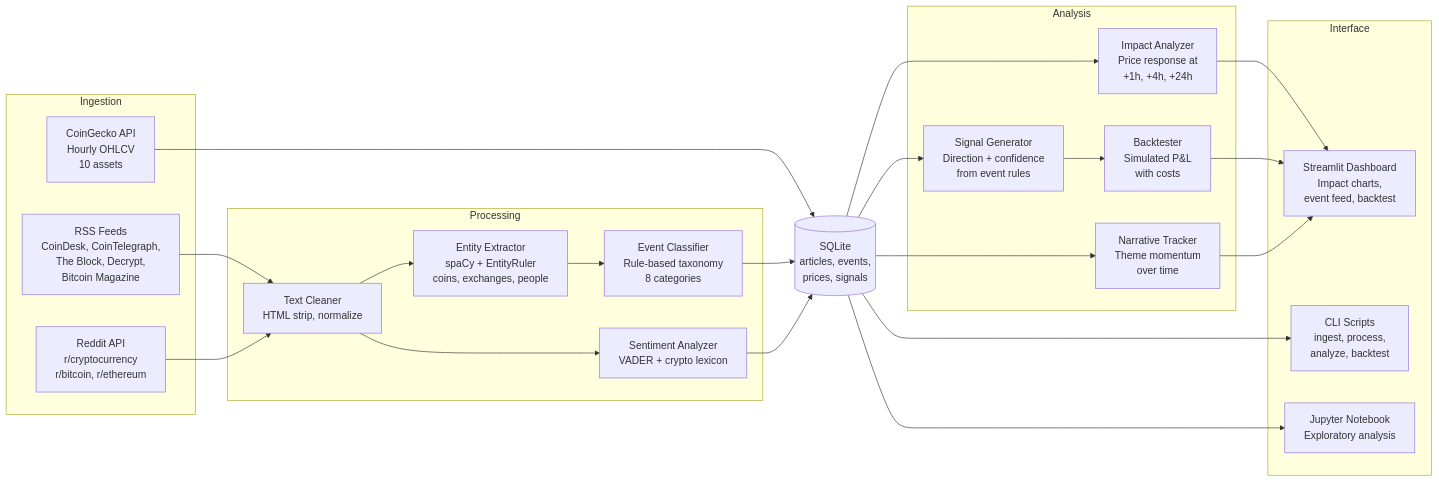
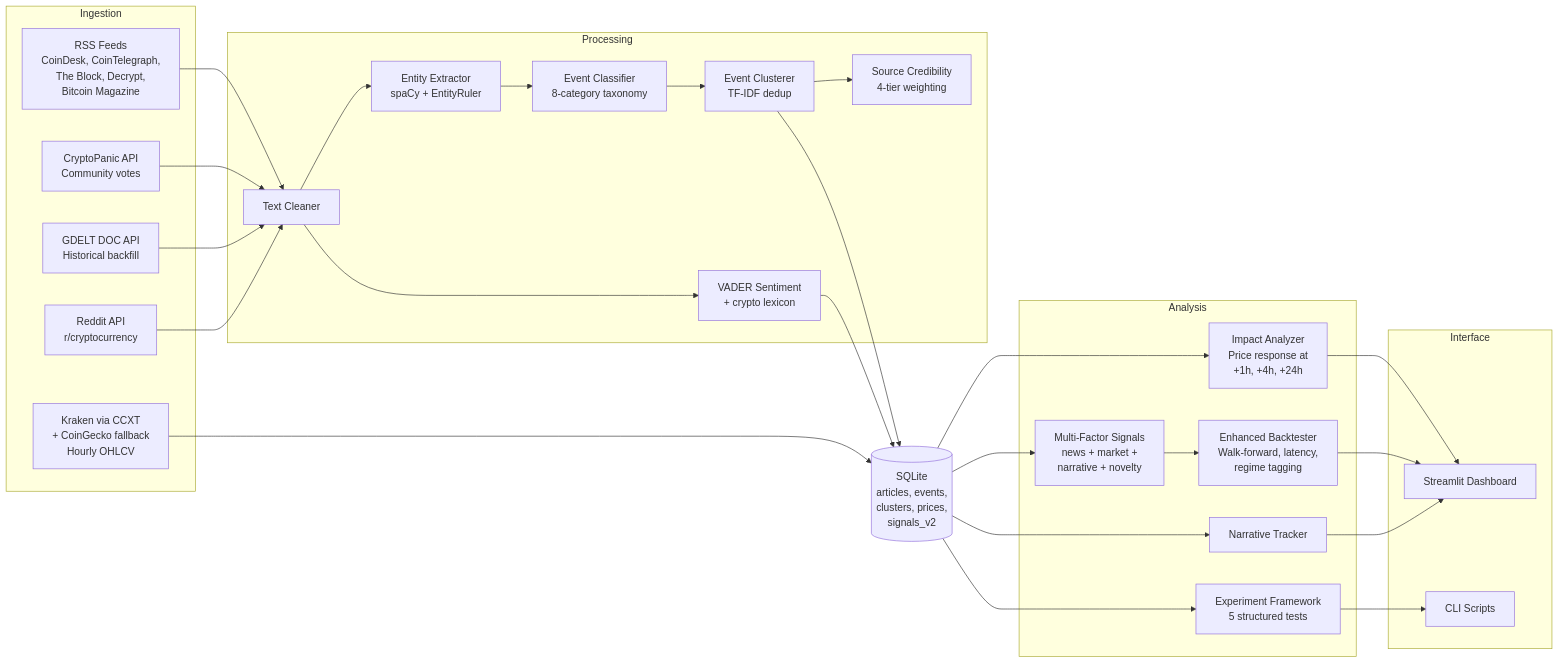
The diagram in README.md (insomniac-asif/news-crypto-engine), drawn with Mermaid before and after one commit. The commit also changed other lines of this file and 28 other files, not shown here.

````diff
--- a/README.md
+++ b/README.md
@@ -83,41 +90,47 @@
 ```mermaid
 graph LR
     subgraph Ingestion
         RSS[RSS Feeds<br/>CoinDesk, CoinTelegraph,<br/>The Block, Decrypt,<br/>Bitcoin Magazine]
-        Reddit[Reddit API<br/>r/cryptocurrency<br/>r/bitcoin, r/ethereum]
-        Prices[CoinGecko API<br/>Hourly OHLCV<br/>10 assets]
+        CP[CryptoPanic API<br/>Community votes]
+        GDELT[GDELT DOC API<br/>Historical backfill]
+        Reddit[Reddit API<br/>r/cryptocurrency]
+        Prices[Kraken via CCXT<br/>+ CoinGecko fallback<br/>Hourly OHLCV]
     end
 
     subgraph Processing
-        Clean[Text Cleaner<br/>HTML strip, normalize]
-        NER[Entity Extractor<br/>spaCy + EntityRuler<br/>coins, exchanges, people]
-        Classify[Event Classifier<br/>Rule-based taxonomy<br/>8 categories]
-        Sentiment[Sentiment Analyzer<br/>VADER + crypto lexicon]
+        Clean[Text Cleaner]
+        NER[Entity Extractor<br/>spaCy + EntityRuler]
+        Classify[Event Classifier<br/>8-category taxonomy]
+        Sentiment[VADER Sentiment<br/>+ crypto lexicon]
+        Cluster[Event Clusterer<br/>TF-IDF dedup]
+        Cred[Source Credibility<br/>4-tier weighting]
     end
 
     subgraph Analysis
         Impact[Impact Analyzer<br/>Price response at<br/>+1h, +4h, +24h]
-        Signals[Signal Generator<br/>Direction + confidence<br/>from event rules]
-        Backtest[Backtester<br/>Simulated P&L<br/>with costs]
-        Narrative[Narrative Tracker<br/>Theme momentum<br/>over time]
+        MFSignal[Multi-Factor Signals<br/>news + market +<br/>narrative + novelty]
+        Backtest[Enhanced Backtester<br/>Walk-forward, latency,<br/>regime tagging]
+        Narrative[Narrative Tracker]
+        Experiments[Experiment Framework<br/>5 structured tests]
     end
 
     subgraph Interface
-        Dashboard[Streamlit Dashboard<br/>Impact charts,<br/>event feed, backtest]
-        CLI[CLI Scripts<br/>ingest, process,<br/>analyze, backtest]
-        Notebook[Jupyter Notebook<br/>Exploratory analysis]
+        Dashboard[Streamlit Dashboard]
+        CLI[CLI Scripts]
     end
 
-    DB[(SQLite<br/>articles, events,<br/>prices, signals)]
+    DB[(SQLite<br/>articles, events,<br/>clusters, prices,<br/>signals_v2)]
 
     RSS --> Clean
+    CP --> Clean
+    GDELT --> Clean
     Reddit --> Clean
     Prices --> DB
-    Clean --> NER --> Classify --> DB
+    Clean --> NER --> Classify --> Cluster --> DB
     Clean --> Sentiment --> DB
+    Cluster --> Cred
     DB --> Impact --> Dashboard
-    DB --> Signals --> Backtest --> Dashboard
+    DB --> MFSignal --> Backtest --> Dashboard
     DB --> Narrative --> Dashboard
-    DB --> CLI
-    DB --> Notebook
+    DB --> Experiments --> CLI
 ```
````
